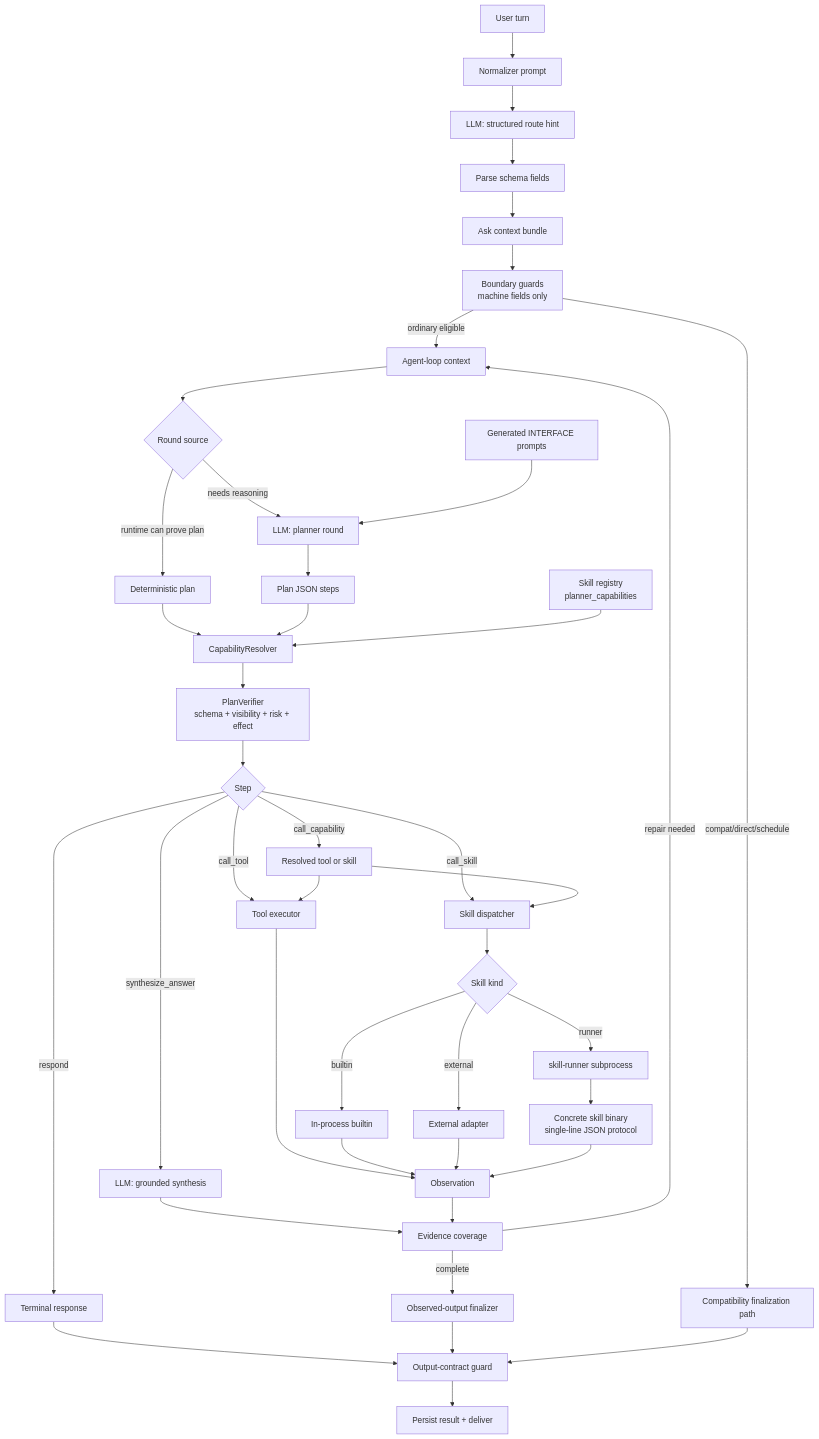
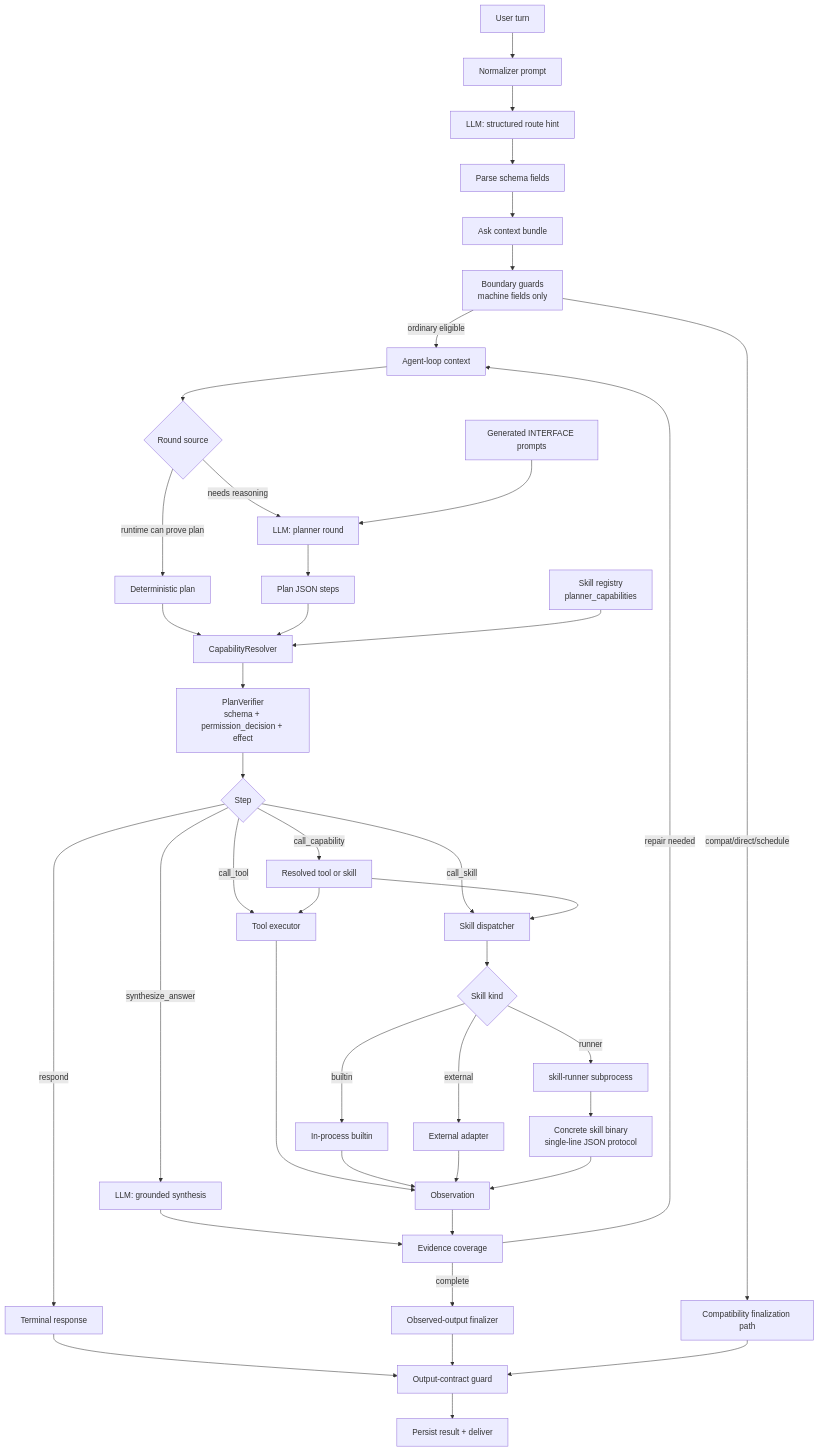
The second of 3 diagrams in README.md (MatrixCoreX/RustClaw), drawn with Mermaid before and after one commit. The commit also changed other lines of this file and 4 other files, not shown here.

````diff
--- a/README.md
+++ b/README.md
@@ -85,44 +86,44 @@
 ```mermaid
 flowchart TD
     A[User turn] --> B[Normalizer prompt]
     B --> C[LLM: structured route hint]
     C --> D[Parse schema fields]
     D --> E[Ask context bundle]
     E --> F[Boundary guards<br/>machine fields only]
     F -->|ordinary eligible| G[Agent-loop context]
     F -->|compat/direct/schedule| H[Compatibility finalization path]
     G --> I{Round source}
     I -->|runtime can prove plan| J[Deterministic plan]
     I -->|needs reasoning| K[LLM: planner round]
     K --> L[Plan JSON steps]
     J --> M[CapabilityResolver]
     L --> M
     N[Skill registry<br/>planner_capabilities] --> M
     O[Generated INTERFACE prompts] --> K
-    M --> P[PlanVerifier<br/>schema + visibility + risk + effect]
+    M --> P[PlanVerifier<br/>schema + permission_decision + effect]
     P --> Q{Step}
     Q -->|call_capability| R[Resolved tool or skill]
     Q -->|call_tool| S[Tool executor]
     Q -->|call_skill| T[Skill dispatcher]
     R --> S
     R --> T
     T --> U{Skill kind}
     U -->|builtin| V[In-process builtin]
     U -->|external| W[External adapter]
     U -->|runner| X[skill-runner subprocess]
     X --> Y[Concrete skill binary<br/>single-line JSON protocol]
     S --> Z[Observation]
     V --> Z
     W --> Z
     Y --> Z
     Q -->|synthesize_answer| ZA[LLM: grounded synthesis]
     Q -->|respond| ZB[Terminal response]
     ZA --> ZC[Evidence coverage]
     Z --> ZC
     ZC -->|repair needed| G
     ZC -->|complete| ZD[Observed-output finalizer]
     ZB --> ZE[Output-contract guard]
     ZD --> ZE
     H --> ZE
     ZE --> ZF[Persist result + deliver]
 ```
````
